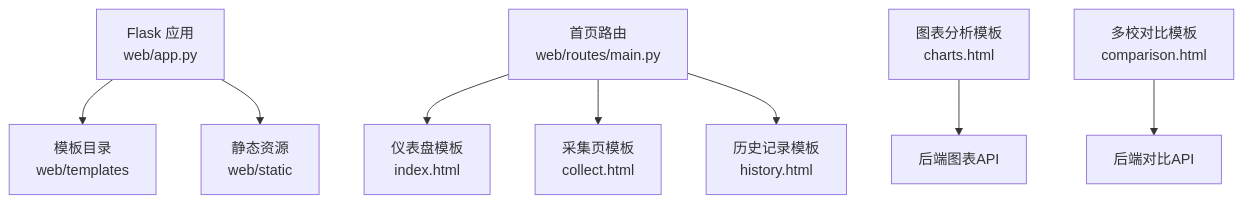
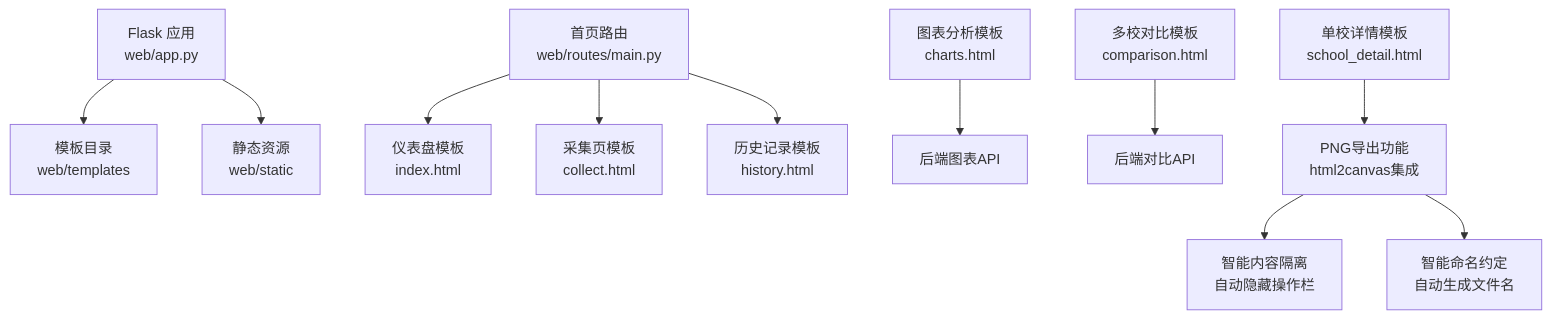
One commit to oreovan567-pixel/middle-platform-data-collector changed the first of 6 diagrams in .qoder/repowiki/zh/content/Web应用/前端界面/模板系统.md. Above: the diagram before and after it, drawn with Mermaid. The commit also changed other lines of this file and 9 other files, not shown here.

````diff
--- a/.qoder/repowiki/zh/content/Web应用/前端界面/模板系统.md
+++ b/.qoder/repowiki/zh/content/Web应用/前端界面/模板系统.md
@@ -40,10 +52,13 @@
 ```mermaid
 graph TB
 A["Flask 应用<br/>web/app.py"] --> B["模板目录<br/>web/templates"]
 A --> C["静态资源<br/>web/static"]
 D["首页路由<br/>web/routes/main.py"] --> E["仪表盘模板<br/>index.html"]
 D --> F["采集页模板<br/>collect.html"]
 D --> G["历史记录模板<br/>history.html"]
 H["图表分析模板<br/>charts.html"] --> I["后端图表API"]
 J["多校对比模板<br/>comparison.html"] --> K["后端对比API"]
+L["单校详情模板<br/>school_detail.html"] --> M["PNG导出功能<br/>html2canvas集成"]
+M --> N["智能内容隔离<br/>自动隐藏操作栏"]
+M --> O["智能命名约定<br/>自动生成文件名"]
 ```
````
